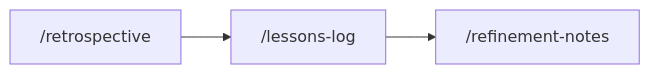
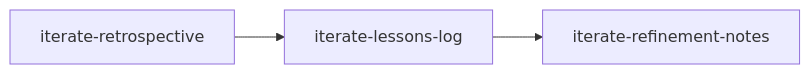
The sixth of 6 diagrams in docs/guides/recipes.md (product-on-purpose/pm-skills), drawn with Mermaid before and after one commit. The commit also changed other lines of this file and 187 other files, not shown here.

````diff
--- a/docs/guides/recipes.md
+++ b/docs/guides/recipes.md
@@ -127,5 +127,5 @@
 ```mermaid
 flowchart LR
-    A["/retrospective"] --> B["/lessons-log"]
-    B --> C["/refinement-notes"]
+    A["iterate-retrospective"] --> B["iterate-lessons-log"]
+    B --> C["iterate-refinement-notes"]
 ```
````
